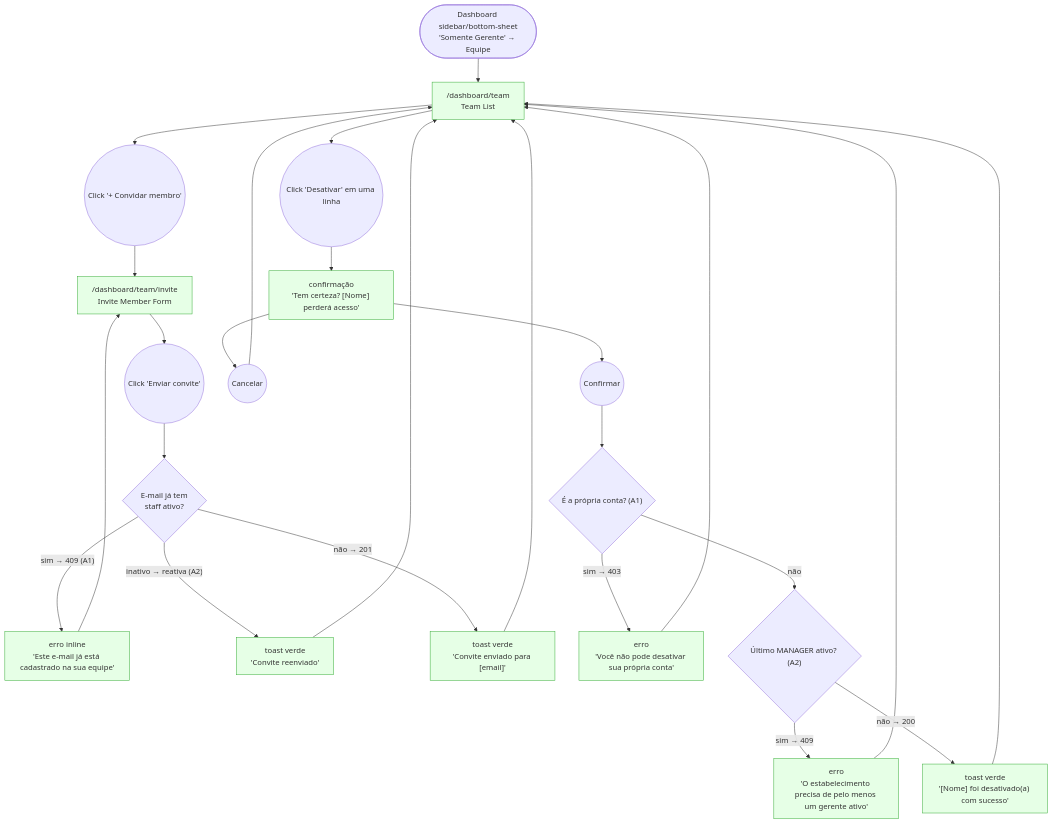
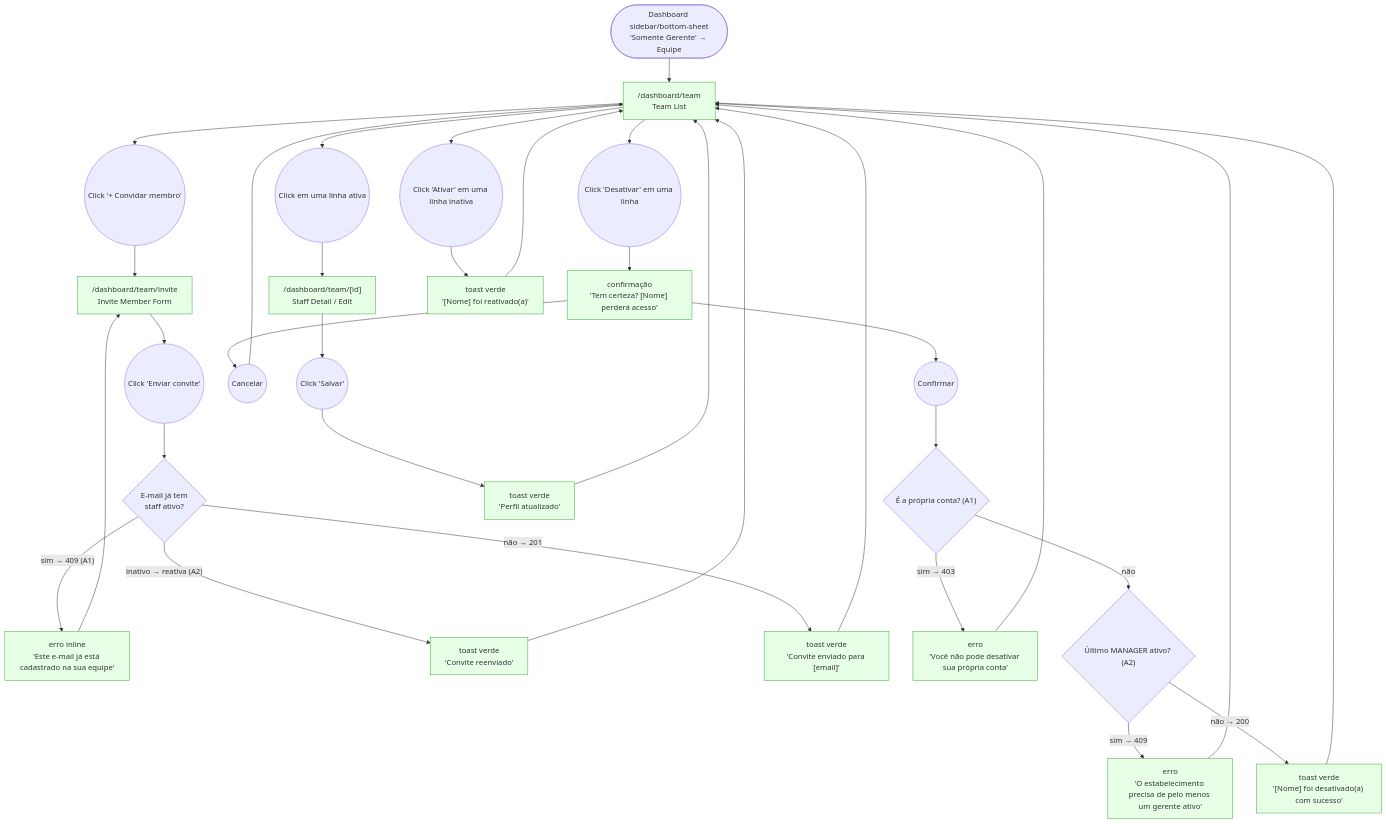
One commit to lmmoreira/ikaro changed the diagram in plan/journey/manager/equipe.md. Above: the diagram before and after it, drawn with Mermaid. The commit also changed other lines of this file and 28 other files, not shown here.

````diff
--- a/plan/journey/manager/equipe.md
+++ b/plan/journey/manager/equipe.md
@@ -10,37 +10,49 @@
 ```mermaid
 flowchart TD
     classDef existing fill:#e6ffe6,stroke:#3a3
     classDef gap stroke:#f00,stroke-dasharray: 5 5,fill:#fee
 
     Start(["Dashboard sidebar/bottom-sheet<br/>'Somente Gerente' → Equipe"]) --> List["/dashboard/team<br/>Team List"]
 
     List --> InviteBtn(("Click '+ Convidar membro'"))
     List --> DeactivateBtn(("Click 'Desativar' em uma linha"))
 
     %% UC-028 — Invite
     InviteBtn --> InviteForm["/dashboard/team/invite<br/>Invite Member Form"]
     InviteForm --> InviteSubmit(("Click 'Enviar convite'"))
     InviteSubmit --> EmailCheck{"E-mail já tem<br/>staff ativo?"}
     EmailCheck -- "sim → 409 (A1)" --> EmailError["erro inline<br/>'Este e-mail já está cadastrado na sua equipe'"]
     EmailError --> InviteForm
     EmailCheck -- "inativo → reativa (A2)" --> ReactivateSuccess["toast verde<br/>'Convite reenviado'"]
     EmailCheck -- "não → 201" --> InviteSuccess["toast verde<br/>'Convite enviado para [email]'"]
     ReactivateSuccess --> List
     InviteSuccess --> List
 
     %% UC-029 — Deactivate
     DeactivateBtn --> DeactivateConfirm["confirmação<br/>'Tem certeza? [Nome] perderá acesso'"]
     DeactivateConfirm --> ConfirmYes(("Confirmar"))
     DeactivateConfirm --> ConfirmNo(("Cancelar"))
     ConfirmNo --> List
     ConfirmYes --> SelfCheck{"É a própria conta? (A1)"}
     SelfCheck -- "sim → 403" --> SelfError["erro<br/>'Você não pode desativar sua própria conta'"]
     SelfCheck -- "não" --> LastManagerCheck{"Último MANAGER ativo? (A2)"}
     LastManagerCheck -- "sim → 409" --> LastManagerError["erro<br/>'O estabelecimento precisa de pelo menos um gerente ativo'"]
     LastManagerCheck -- "não → 200" --> DeactivateSuccess["toast verde<br/>'[Nome] foi desativado(a) com sucesso'"]
     SelfError --> List
     LastManagerError --> List
     DeactivateSuccess --> List
 
-    class List,InviteForm,EmailError,ReactivateSuccess,InviteSuccess,DeactivateConfirm,SelfError,LastManagerError,DeactivateSuccess existing
+    %% UC-030 — Edit profile
+    List --> RowClick(("Click em uma linha ativa"))
+    RowClick --> EditDetail["/dashboard/team/[id]<br/>Staff Detail / Edit"]
+    EditDetail --> EditSubmit(("Click 'Salvar'"))
+    EditSubmit --> EditSuccess["toast verde<br/>'Perfil atualizado'"]
+    EditSuccess --> List
+
+    %% UC-031 — Reactivate
+    List --> ActivateBtn(("Click 'Ativar' em uma linha inativa"))
+    ActivateBtn --> ActivateSuccess["toast verde<br/>'[Nome] foi reativado(a)'"]
+    ActivateSuccess --> List
+
+    class List,InviteForm,EmailError,ReactivateSuccess,InviteSuccess,DeactivateConfirm,SelfError,LastManagerError,DeactivateSuccess,EditDetail,EditSuccess,ActivateSuccess existing
 ```
````
